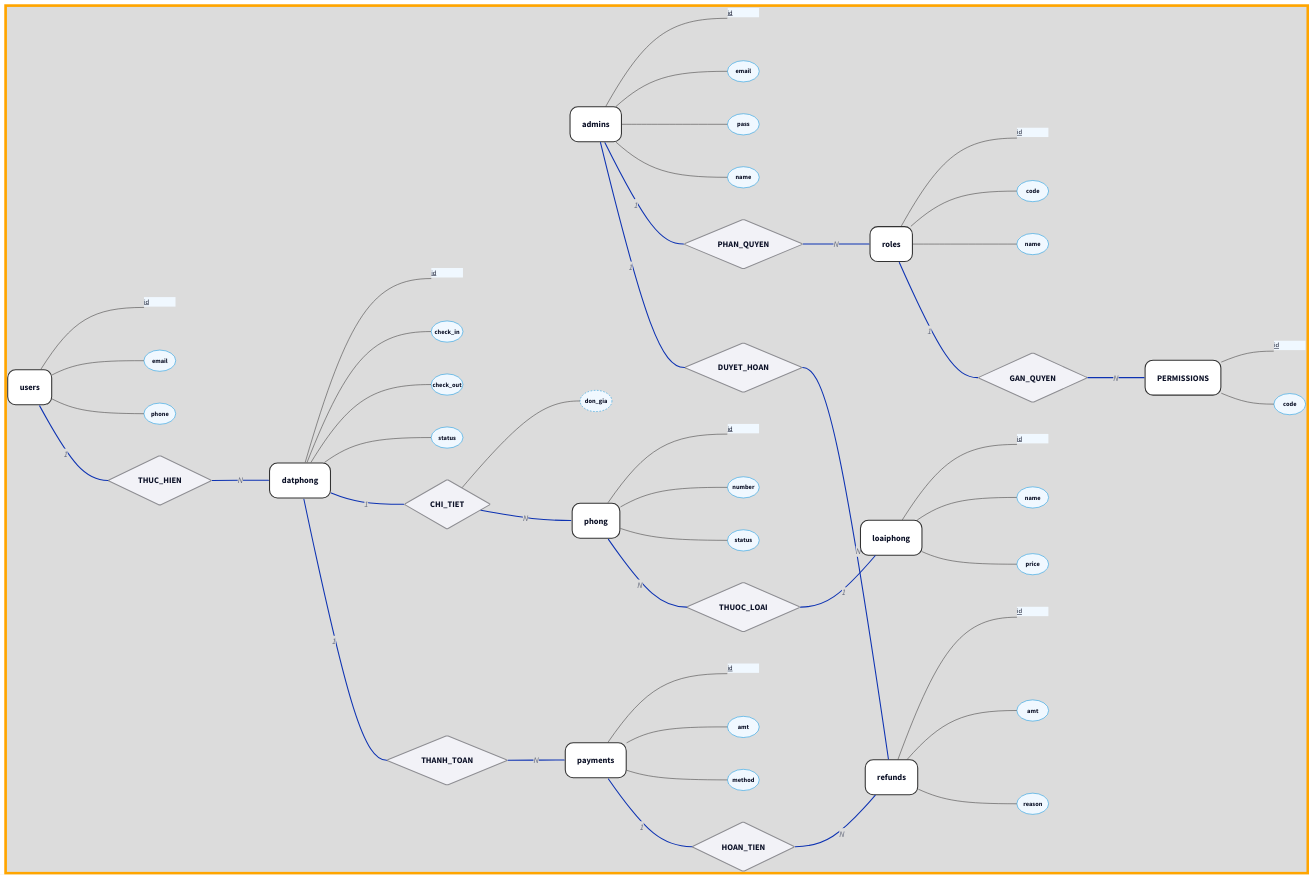
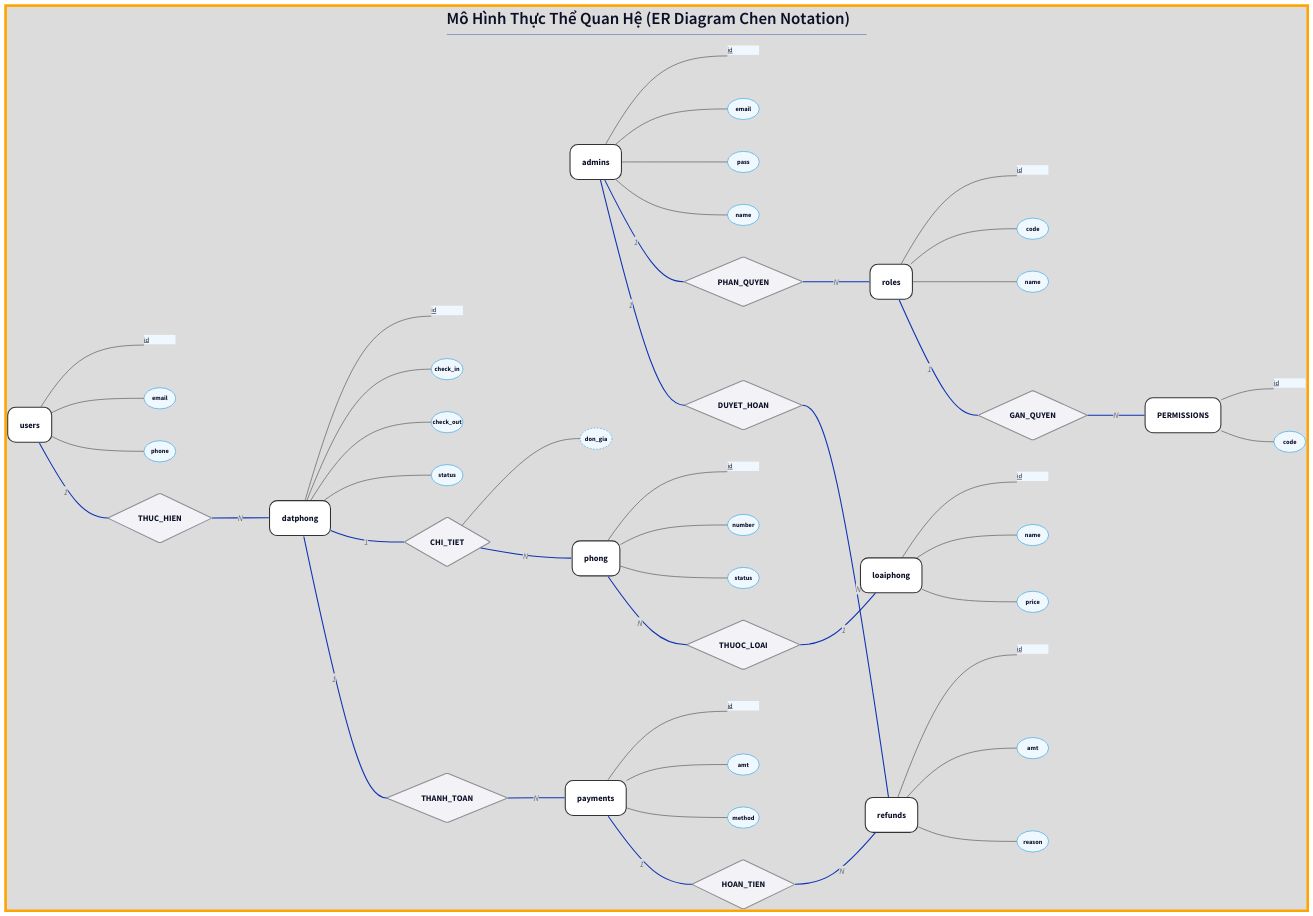
The diagram in content/er.d2 (sam-uit/typst-report-template), drawn with D2 before and after one commit.

```diff
--- a/content/er.d2
+++ b/content/er.d2
@@ -1,186 +1,191 @@
 # Template: D2
 # Author: Sam Dinh
 # Mục đích: Tạo ER Diagram Chen Notation.
 # Trang nguồn: https://d2lang.com/
 # VSCode extension: Terrastruct.d2
 
 direction: right
+
+# Tiêu đề: căn góc trên-giữa
+title: |md
+  # Mô Hình Thực Thể Quan Hệ (ER Diagram Chen Notation)
+| {near: top-center}
 
 # --- 0. STYLES ---
 style: {
   font: "mono"
   fill: "#dcdcdc"
   stroke: "orange"
   stroke-width: 5
 }
 
 # --- 1. CSS STYLES (THEME) ---
 classes: {
   # Thực thể: Chữ nhật bo góc Apple style
   entity: {
     shape: rectangle
     style: {
       border-radius: 15
       stroke-width: 2
       fill: "#FFFFFF"
       stroke: "#333333"
     }
   }
 
   # Thuộc tính: Oval màu xanh nhạt
   attr: {
     shape: oval
     width: 60
     height: 40
     style: {
       fill: "#F0F8FF"
       stroke: "#0d95de"
       stroke-width: 1
       font-size: 12
     }
   }
 
   # Quan hệ: Hình thoi
   rel: {
     shape: diamond
     style: {
       fill: "#F2F2F7"
       stroke: "#8E8E93"
     }
   }
 
   # Đường nối thuộc tính: Màu nhạt
   link_attr: {
     style: {
       stroke: "#3a3838"
       stroke-width: 1
     }
   }
 }
 
 # --- 2. DATA MODEL ---
 
 # === AUTH SYSTEM ===
 admins: {class: entity}
 # Attributes
 admin_id: {class: attr; label: |md <u>id</u> |}
 admin_mail: {class: attr; label: email}
 admin_pass: {class: attr; label: pass}
 admin_name: {class: attr; label: name}
 # Connections
 admins -- admin_id: {class: link_attr}
 admins -- admin_mail: {class: link_attr}
 admins -- admin_pass: {class: link_attr}
 admins -- admin_name: {class: link_attr}
 
 roles: {class: entity}
 role_id: {class: attr; label: |md <u>id</u> |}
 role_code: {class: attr; label: code}
 role_name: {class: attr; label: name}
 roles -- role_id: {class: link_attr}
 roles -- role_code: {class: link_attr}
 roles -- role_name: {class: link_attr}
 
 perms: {class: entity; label: PERMISSIONS}
 perm_id: {class: attr; label: |md <u>id</u> |}
 perm_code: {class: attr; label: code}
 perms -- perm_id: {class: link_attr}
 perms -- perm_code: {class: link_attr}
 
 # === BOOKING SYSTEM ===
 users: {class: entity}
 user_id: {class: attr; label: |md <u>id</u> |}
 user_mail: {class: attr; label: email}
 user_phn: {class: attr; label: phone}
 users -- user_id: {class: link_attr}
 users -- user_mail: {class: link_attr}
 users -- user_phn: {class: link_attr}
 
 datphong: {class: entity}
 dp_id: {class: attr; label: |md <u>id</u> |}
 dp_in: {class: attr; label: check_in}
 dp_out: {class: attr; label: check_out}
 dp_stt: {class: attr; label: status}
 datphong -- dp_id: {class: link_attr}
 datphong -- dp_in: {class: link_attr}
 datphong -- dp_out: {class: link_attr}
 datphong -- dp_stt: {class: link_attr}
 
 phong: {class: entity}
 p_id: {class: attr; label: |md <u>id</u> |}
 p_num: {class: attr; label: number}
 p_stt: {class: attr; label: status}
 phong -- p_id: {class: link_attr}
 phong -- p_num: {class: link_attr}
 phong -- p_stt: {class: link_attr}
 
 loaiphong: {class: entity}
 lp_id: {class: attr; label: |md <u>id</u> |}
 lp_name: {class: attr; label: name}
 lp_price: {class: attr; label: price}
 loaiphong -- lp_id: {class: link_attr}
 loaiphong -- lp_name: {class: link_attr}
 loaiphong -- lp_price: {class: link_attr}
 
 # === FINANCE SYSTEM ===
 payments: {class: entity}
 pay_id: {class: attr; label: |md <u>id</u> |}
 pay_amt: {class: attr; label: amt}
 pay_mth: {class: attr; label: method}
 payments -- pay_id: {class: link_attr}
 payments -- pay_amt: {class: link_attr}
 payments -- pay_mth: {class: link_attr}
 
 refunds: {class: entity}
 rf_id: {class: attr; label: |md <u>id</u> |}
 rf_amt: {class: attr; label: amt}
 rf_rsn: {class: attr; label: reason}
 refunds -- rf_id: {class: link_attr}
 refunds -- rf_amt: {class: link_attr}
 refunds -- rf_rsn: {class: link_attr}
 
 # --- 3. RELATIONSHIPS ---
 
 phan_quyen: {class: rel; label: PHAN_QUYEN}
 gan_quyen: {class: rel; label: GAN_QUYEN}
 thuc_hien: {class: rel; label: THUC_HIEN}
 chi_tiet: {class: rel; label: CHI_TIET}
 thuoc_loai: {class: rel; label: THUOC_LOAI}
 thanh_toan: {class: rel; label: THANH_TOAN}
 hoan_tien: {class: rel; label: HOAN_TIEN}
 duyet_hoan: {class: rel; label: DUYET_HOAN}
 
 # Attribute of Relationship
 attr_dongia: {class: attr; label: don_gia; style: {stroke-dash: 3}}
 chi_tiet -- attr_dongia: {class: link_attr}
 
 # --- 4. CONNECTIONS ---
 
 # Admin Flow
 admins -- phan_quyen: 1
 phan_quyen -- roles: N
 
 roles -- gan_quyen: 1
 gan_quyen -- perms: N
 
 # User Flow
 users -- thuc_hien: 1
 thuc_hien -- datphong: N
 
 # Room Flow
 datphong -- chi_tiet: 1
 chi_tiet -- phong: N
 
 phong -- thuoc_loai: N
 thuoc_loai -- loaiphong: 1
 
 # Payment Flow
 datphong -- thanh_toan: 1
 thanh_toan -- payments: N
 
 payments -- hoan_tien: 1
 hoan_tien -- refunds: N
 
 # Approval Flow
 admins -- duyet_hoan: 1
 duyet_hoan -- refunds: N
```
